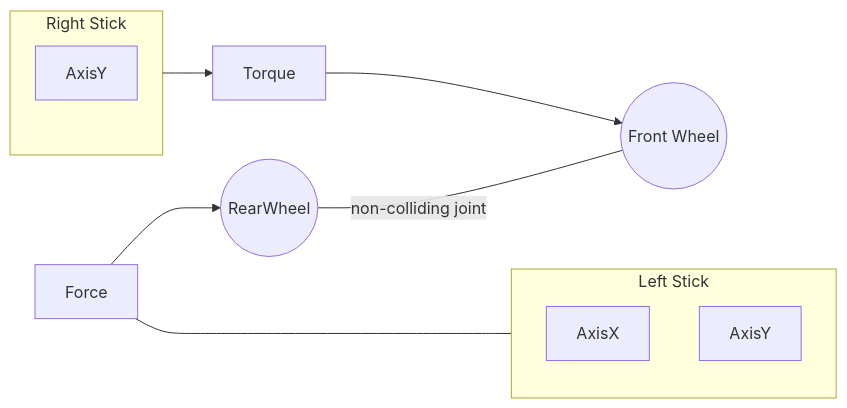
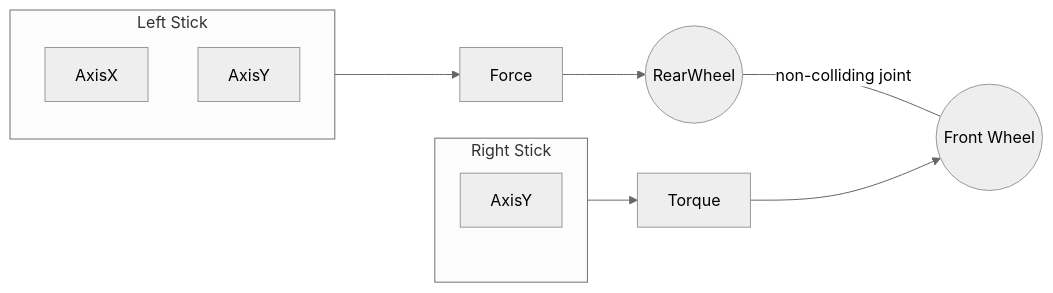
One commit to entitycs/WaMBaM changed the first of 2 diagrams in README.md. Above: the diagram before and after it, drawn with Mermaid. The commit also changed other lines of this file and 1 other file, not shown here.

````diff
--- a/README.md
+++ b/README.md
@@ -14,24 +17,25 @@
 ```mermaid
-
-graph LR
+---
+config:
+    theme: 'neutral'
+---
+flowchart LR
 
     R((RearWheel))
     F((Front Wheel))
     R ---|non-colliding joint| F
 
     subgraph LS["Left Stick"]
         AxisX
         AxisY
     end
 
     subgraph RS["Right Stick"]
         AxisY2[AxisY]
     end
 
-    Force <--- LS
+    LS ---> Force
     Force --> R
 
     AxisY2[AxisY] --- RS --> Torque --> F
-
-    
 ```
````
